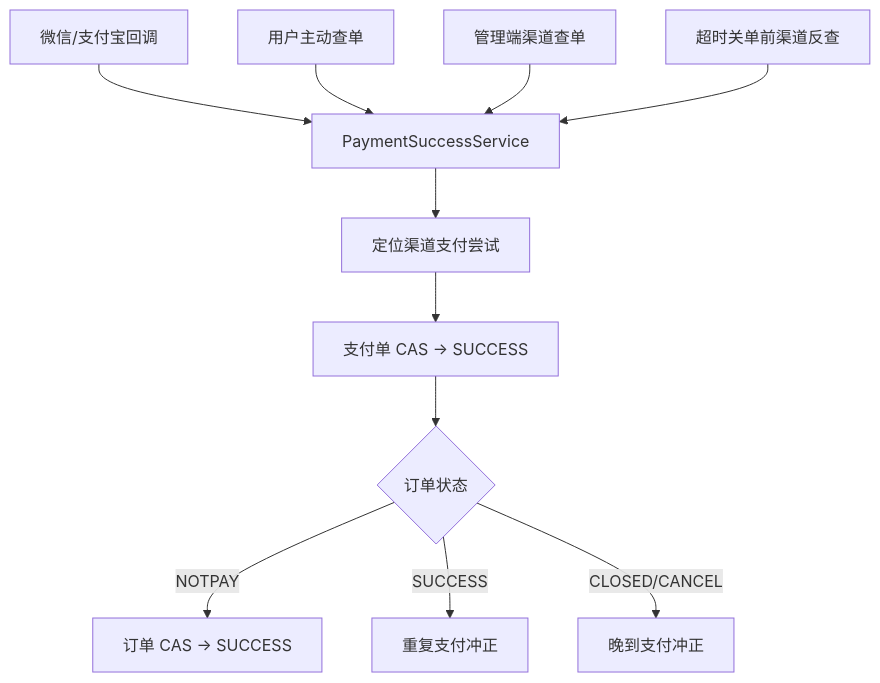
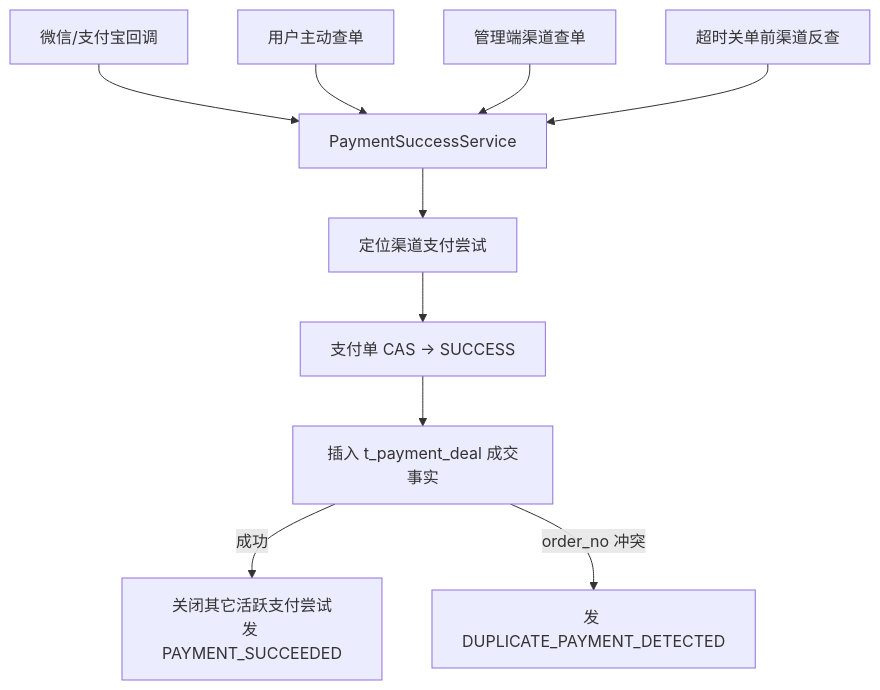
One commit to cpc-lib/mall changed the fourth of 12 diagrams in CODE_INTRO.md. Above: the diagram before and after it, drawn with Mermaid. The commit also changed other lines of this file and 827 other files, not shown here.

````diff
--- a/CODE_INTRO.md
+++ b/CODE_INTRO.md
@@ -227,19 +421,18 @@
 ```mermaid
 flowchart TD
-    A[微信/支付宝回调]
-    B[用户主动查单]
-    C[管理端渠道查单]
-    D[超时关单前渠道反查]
+    A["微信/支付宝回调"]
+    B["用户主动查单"]
+    C["管理端渠道查单"]
+    D["超时关单前渠道反查"]
 
-    A --> E[PaymentSuccessService]
+    A --> E["PaymentSuccessService"]
     B --> E
     C --> E
     D --> E
 
-    E --> F[定位渠道支付尝试]
-    F --> G[支付单 CAS → SUCCESS]
-    G --> H{订单状态}
-    H -->|NOTPAY| I[订单 CAS → SUCCESS]
-    H -->|SUCCESS| J[重复支付冲正]
-    H -->|CLOSED/CANCEL| K[晚到支付冲正]
+    E --> F["定位渠道支付尝试"]
+    F --> G["支付单 CAS → SUCCESS"]
+    G --> H["插入 t_payment_deal 成交事实"]
+    H -->|"成功"| I["关闭其它活跃支付尝试<br/>发 PAYMENT_SUCCEEDED"]
+    H -->|"order_no 冲突"| J["发 DUPLICATE_PAYMENT_DETECTED"]
 ```
````
